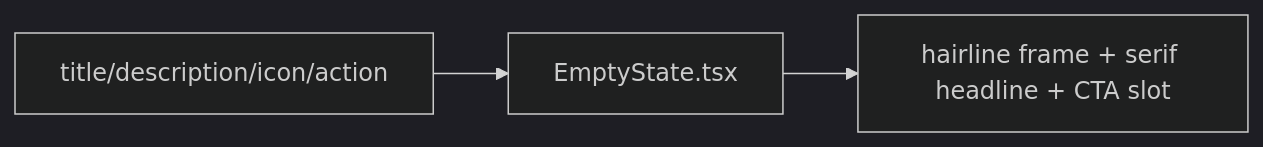
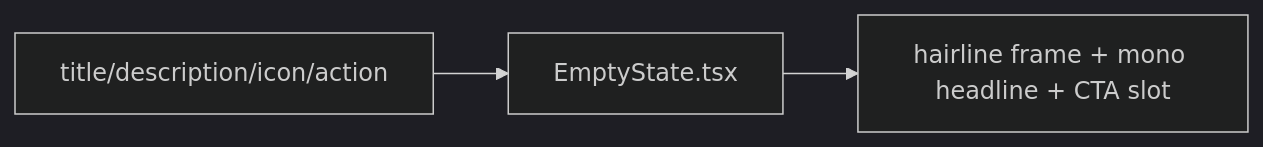
The diagram in apps/web/src/shared/ui/EmptyState.tsx.md (AzamatRaimbekov2/openCreate), drawn with Mermaid (dark theme) before and after one commit. The commit also changed other lines of this file and 99 other files, not shown here.

````diff
--- a/apps/web/src/shared/ui/EmptyState.tsx.md
+++ b/apps/web/src/shared/ui/EmptyState.tsx.md
@@ -19,4 +19,4 @@
 ```mermaid
 flowchart LR
-  P[title/description/icon/action] --> ES[EmptyState.tsx] --> OUT[hairline frame + serif headline + CTA slot]
+  P[title/description/icon/action] --> ES[EmptyState.tsx] --> OUT[hairline frame + mono headline + CTA slot]
 ```
````
